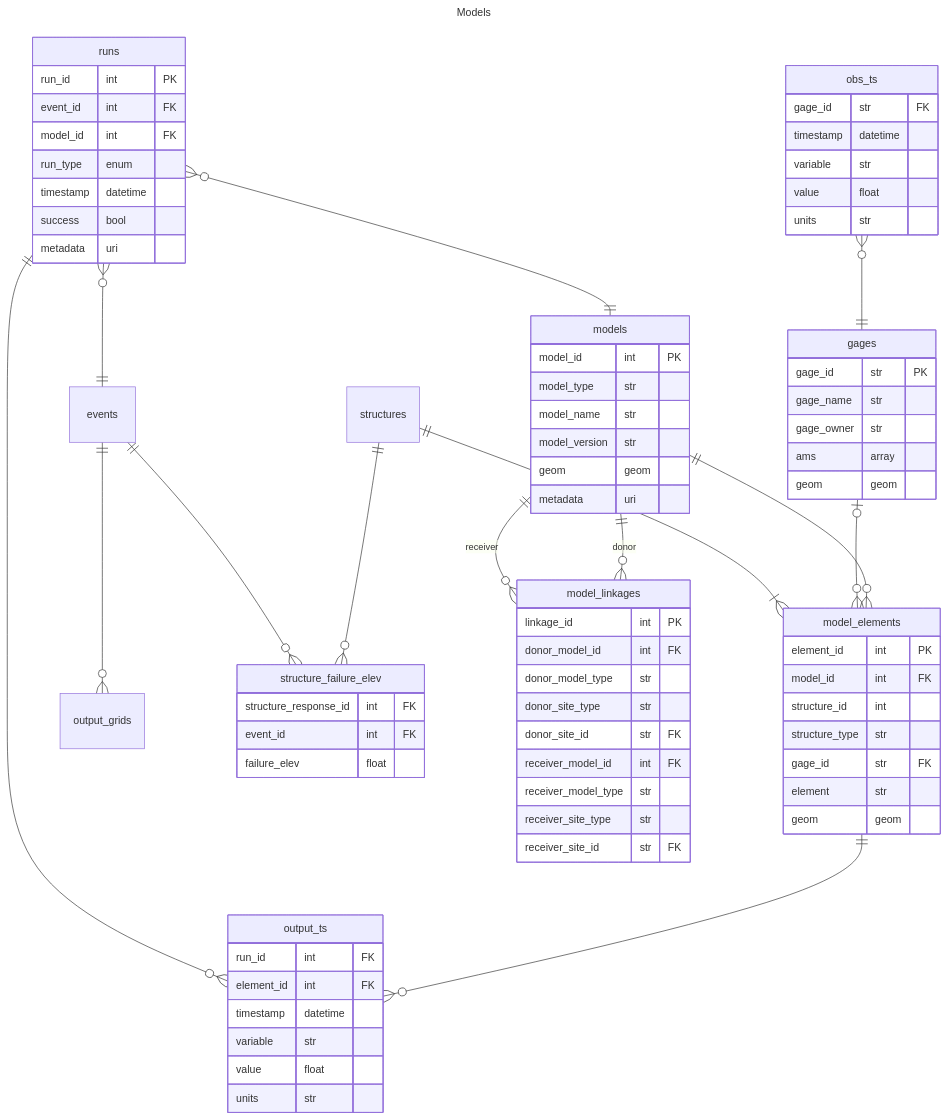
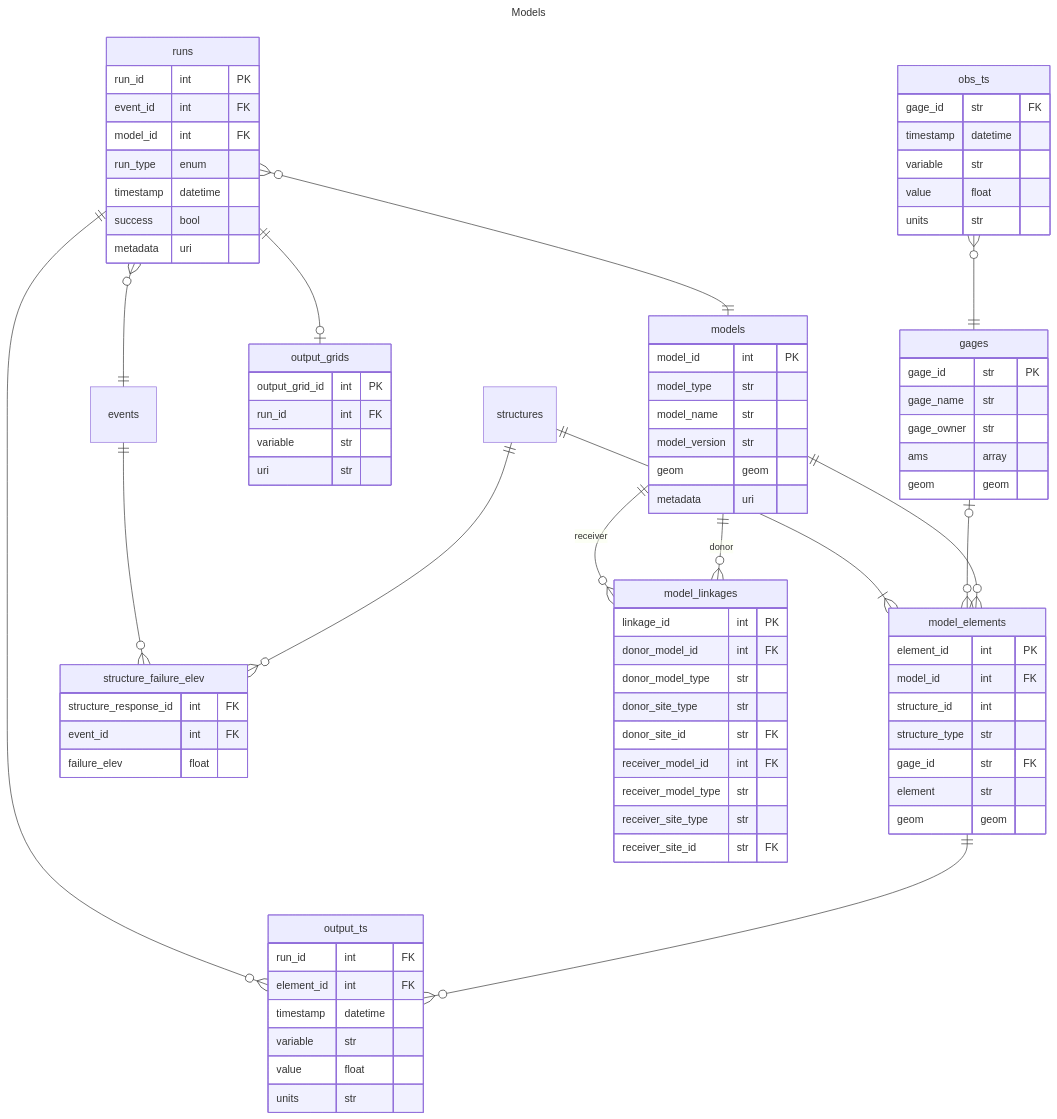
The diagram in rdb/models.mmd (fema-ffrd/ffrd-data-model), drawn with Mermaid before and after one commit. The commit also changed 2 other files, not shown here.

```diff
--- a/rdb/models.mmd
+++ b/rdb/models.mmd
@@ -1,88 +1,94 @@
 ---
 title: Models
 ---
 
 erDiagram
 
     obs_ts }o--|| gages : ""
     models ||--o{ model_elements : ""
     model_elements ||--o{ output_ts : ""
     gages |o--o{ model_elements : ""
     runs ||--o{ output_ts : ""
-    events ||--o{ output_grids : ""
+    runs ||--o| output_grids : ""
     structures ||--|{ model_elements : ""
     structures ||--o{ structure_failure_elev : ""
     events ||--o{ structure_failure_elev : ""
     runs }o--|| models : ""
     runs }o--|| events : ""
     models ||--o{ model_linkages : "donor"
     models ||--o{ model_linkages : "receiver"
 
     events {
        }
     gages {
         gage_id str PK
         gage_name str
         gage_owner str
         ams array
         geom geom
     }
     models {
         model_id int PK
         model_type str
         model_name str
         model_version str
         geom geom
         metadata uri
     }
     model_elements {
         element_id int PK
         model_id int FK
         structure_id int
         structure_type str
         gage_id str FK
         element str
         geom geom
     }
     output_ts {
         run_id int FK
         element_id int FK
         timestamp datetime
         variable str
         value float
         units str
     }
+    output_grids {
+        output_grid_id int PK
+        run_id int FK
+        variable str
+        uri str
+    }
     obs_ts {
         gage_id str FK
         timestamp datetime
         variable str
         value float
         units str
     }
     model_linkages {
         linkage_id int PK
         donor_model_id int FK
         donor_model_type str
         donor_site_type str
         donor_site_id str FK
         receiver_model_id int FK
         receiver_model_type str
         receiver_site_type str
         receiver_site_id str FK
     }
     structures {
     }
     runs {
         run_id int PK
         event_id int FK
         model_id int FK
         run_type enum
         timestamp datetime
         success bool
         metadata uri
     }
     structure_failure_elev {
         structure_response_id int FK
         event_id int FK
         failure_elev float
     }
```
